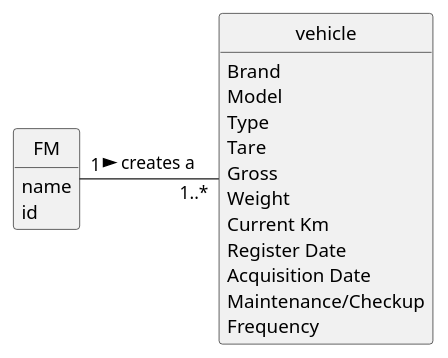
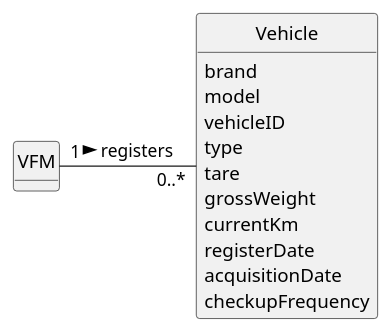
Before and after one commit to Departamento-de-Engenharia-Informatica/lei-24-s2-1do-g164: the diagram in docs/sprintA/us006/02.analysis/puml/us006-domain-model.puml, drawn with PlantUML. The commit also changed 6 other files, not shown here.

```diff
--- a/docs/sprintA/us006/02.analysis/puml/us006-domain-model.puml
+++ b/docs/sprintA/us006/02.analysis/puml/us006-domain-model.puml
@@ -1,47 +1,33 @@
 @startuml
 skinparam monochrome true
 skinparam packageStyle rectangle
 skinparam shadowing false
 
 'left to right direction
 
 skinparam classAttributeIconSize 0
 
 hide circle
 hide methods
 
-'title Domain Model
-
-'class Platform {
-'  -description
-'}
-
-
-class vehicle
- {
-   Brand
-   Model
-   Type
-   Tare
-   Gross
-   Weight
-   Current Km
-   Register Date
-   Acquisition Date
-   Maintenance/Checkup
-   Frequency
-}
-'class User {
-'    name
-'    email
-'    password
-'}
-
-class FM{
-  name
-  id
+class Vehicle {
+   brand
+   model
+   vehicleID
+   type
+   tare
+   grossWeight
+   currentKm
+   registerDate
+   acquisitionDate
+   checkupFrequency
 }
 
 
-FM "1" - "1..*" vehicle: creates a >
+class VFM{
+
+}
+
+
+VFM "1" - "0..*" Vehicle: registers >
 @enduml
```
